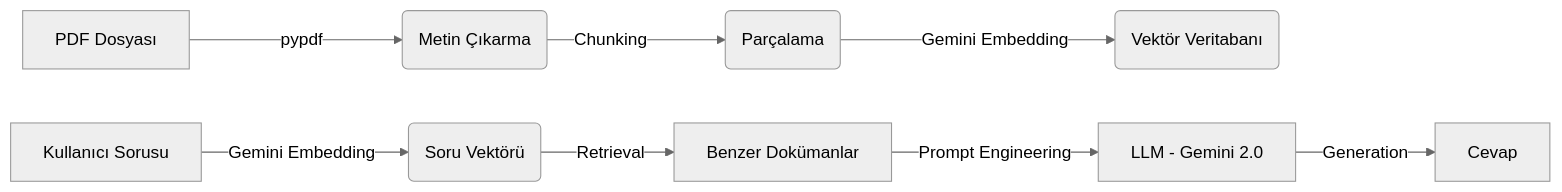
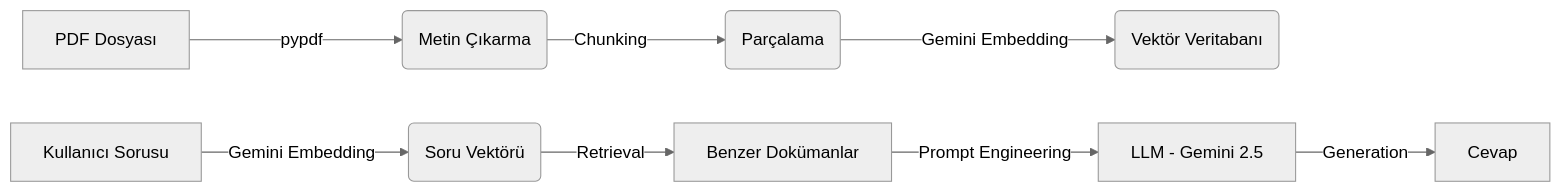
The diagram in README.md (tmy-datamesa/kat-mulkiyeti-legal-rag-research), drawn with Mermaid (neutral theme) before and after one commit. The commit also changed 1 other file, not shown here.

````diff
--- a/README.md
+++ b/README.md
@@ -24,10 +24,10 @@
 ```mermaid
 graph LR
     A[PDF Dosyası] -->|pypdf| B(Metin Çıkarma)
     B -->|Chunking| C(Parçalama)
     C -->|Gemini Embedding| D(Vektör Veritabanı)
     E[Kullanıcı Sorusu] -->|Gemini Embedding| F(Soru Vektörü)
     F -->|Retrieval| G[Benzer Dokümanlar]
-    G -->|Prompt Engineering| H[LLM - Gemini 2.0]
+    G -->|Prompt Engineering| H[LLM - Gemini 2.5]
     H -->|Generation| I[Cevap]
 ```
````
